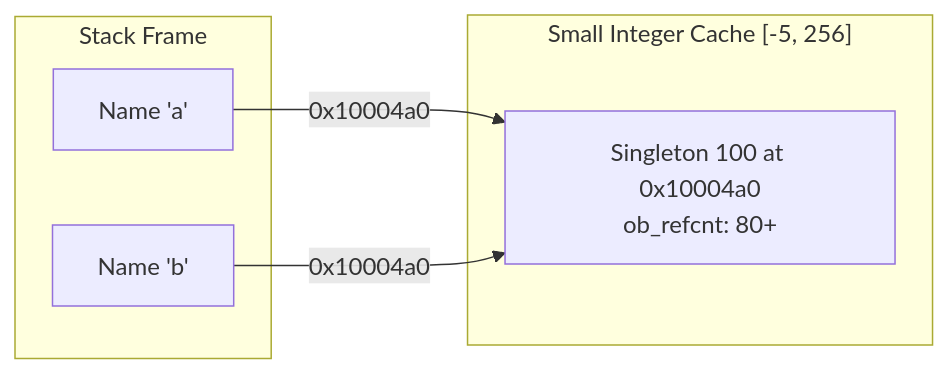
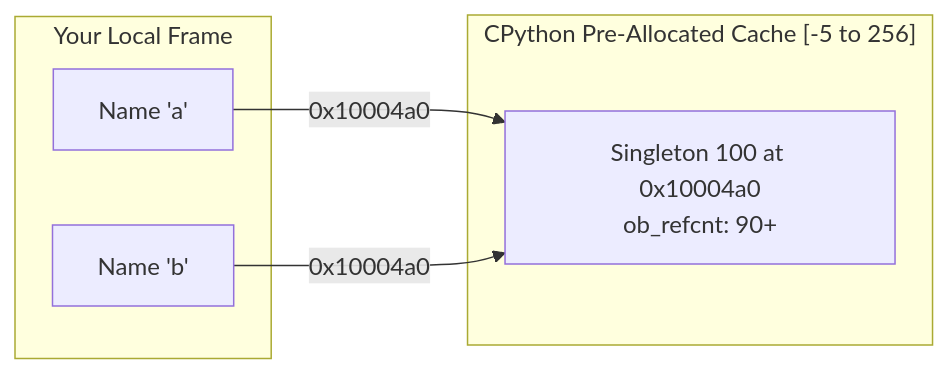
The third of 3 diagrams in src/content/docs/foundations/the-pyobject.mdx (AchuAshwath/Cthru-Python), drawn with Mermaid before and after one commit. The commit also changed other lines of this file and 3 other files, not shown here.

````diff
--- a/src/content/docs/foundations/the-pyobject.mdx
+++ b/src/content/docs/foundations/the-pyobject.mdx
@@ -142,14 +146,14 @@
 ```mermaid
 flowchart LR
-    subgraph Frame["Stack Frame"]
+    subgraph Frame["Your Local Frame"]
         varA["Name 'a'"]
         varB["Name 'b'"]
     end
 
-    subgraph StaticArray["Small Integer Cache [-5, 256]"]
-        singleton["Singleton 100 at 0x10004a0<br/>ob_refcnt: 80+"]
+    subgraph Cache["CPython Pre-Allocated Cache [-5 to 256]"]
+        singleton["Singleton 100 at 0x10004a0<br/>ob_refcnt: 90+"]
     end
 
     varA -->|0x10004a0| singleton
     varB -->|0x10004a0| singleton
 ```
````
